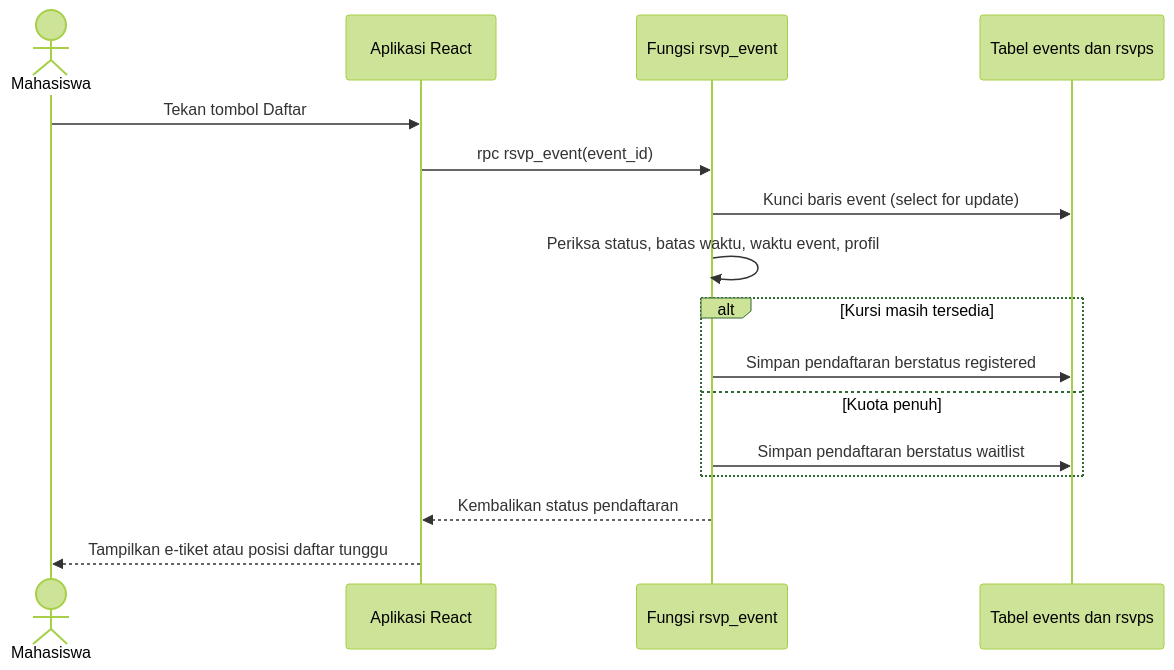
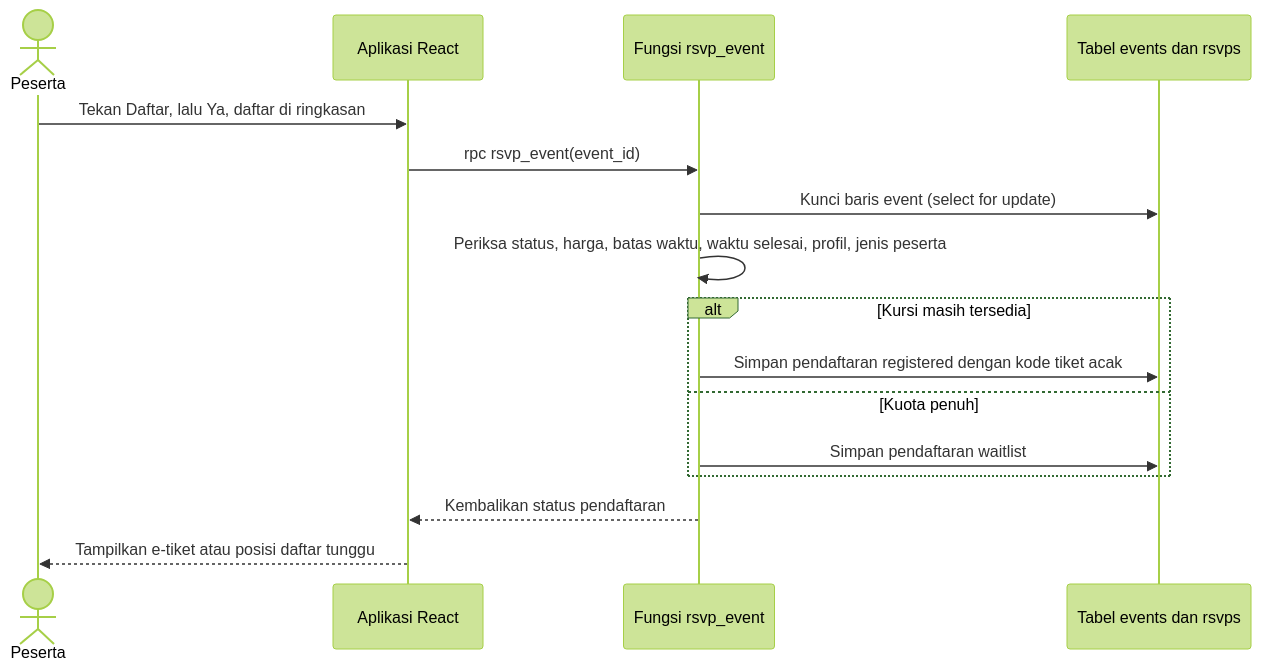
One commit to RifqiPermanaPutra/KampusHub changed the eighth of 9 diagrams in docs/arsitektur.md. Above: the diagram before and after it, drawn with Mermaid (forest theme). The commit also changed other lines of this file and 85 other files, not shown here.

````diff
--- a/docs/arsitektur.md
+++ b/docs/arsitektur.md
@@ -338,19 +450,19 @@
 ```mermaid
 sequenceDiagram
-    actor M as Mahasiswa
+    actor M as Peserta
     participant A as Aplikasi React
     participant F as Fungsi rsvp_event
     participant T as Tabel events dan rsvps
 
-    M->>A: Tekan tombol Daftar
+    M->>A: Tekan Daftar, lalu Ya, daftar di ringkasan
     A->>F: rpc rsvp_event(event_id)
     F->>T: Kunci baris event (select for update)
-    F->>F: Periksa status, batas waktu, waktu event, profil
+    F->>F: Periksa status, harga, batas waktu, waktu selesai, profil, jenis peserta
     alt Kursi masih tersedia
-        F->>T: Simpan pendaftaran berstatus registered
+        F->>T: Simpan pendaftaran registered dengan kode tiket acak
     else Kuota penuh
-        F->>T: Simpan pendaftaran berstatus waitlist
+        F->>T: Simpan pendaftaran waitlist
     end
     F-->>A: Kembalikan status pendaftaran
     A-->>M: Tampilkan e-tiket atau posisi daftar tunggu
 ```
````
